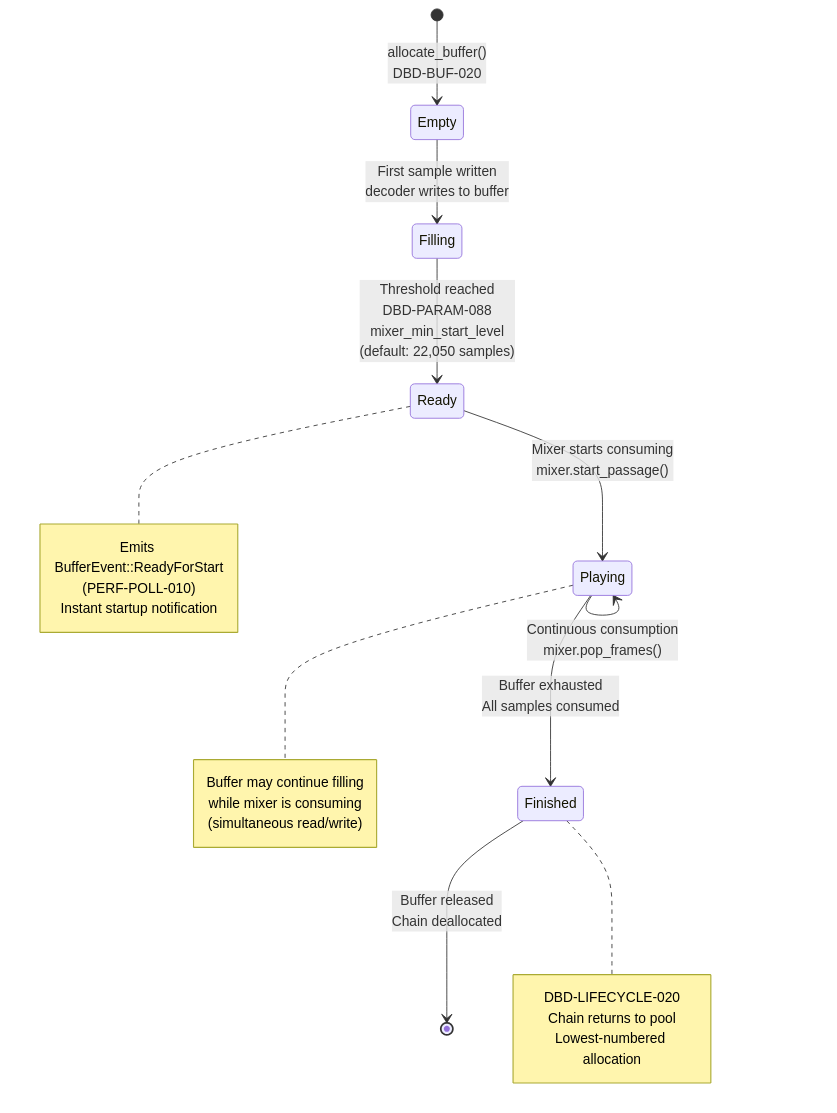
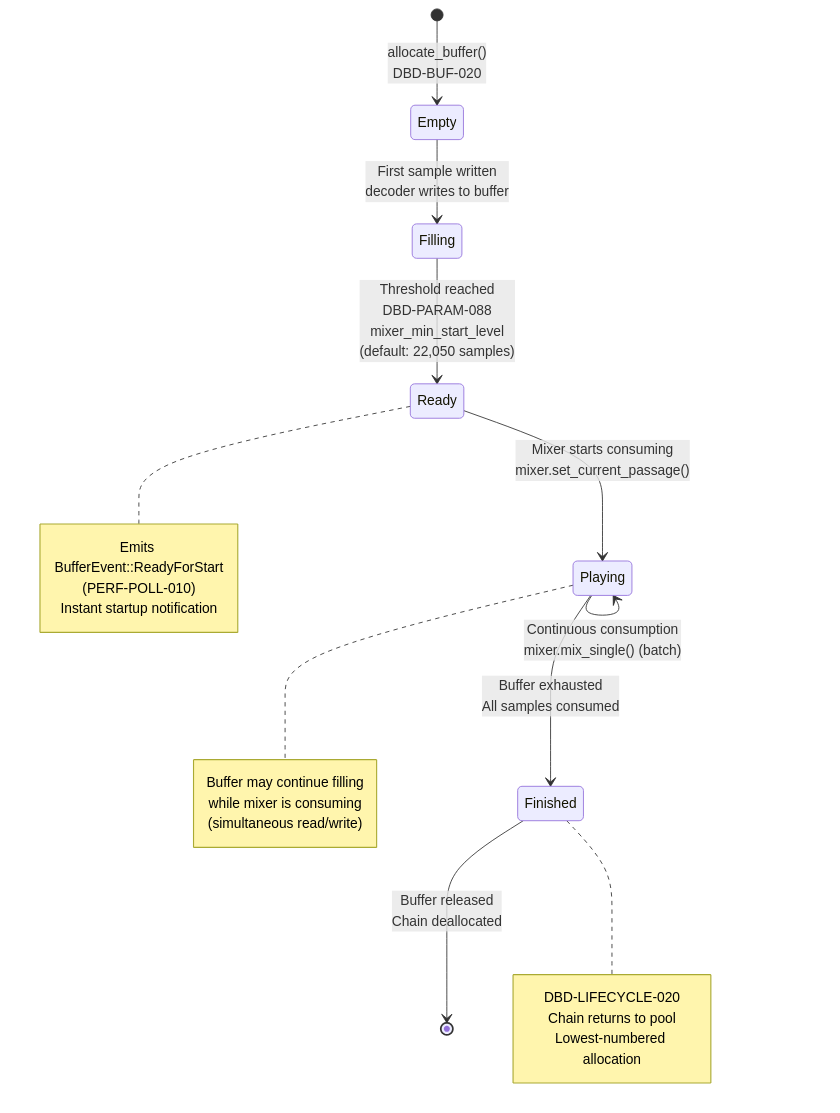
One commit to MangoCats/McRhythm changed the fifth of 9 diagrams in docs/GUIDE003_audio_pipeline_diagrams.md. Above: the diagram before and after it, drawn with Mermaid. The commit also changed other lines of this file and 1 other file, not shown here.

Commit message:
mixer refactor getting better

````diff
--- a/docs/GUIDE003_audio_pipeline_diagrams.md
+++ b/docs/GUIDE003_audio_pipeline_diagrams.md
@@ -248,34 +261,34 @@
 ```mermaid
 stateDiagram-v2
     [*] --> Empty: allocate_buffer()<br/>DBD-BUF-020
 
     Empty --> Filling: First sample written<br/>decoder writes to buffer
 
     Filling --> Ready: Threshold reached<br/>DBD-PARAM-088<br/>mixer_min_start_level<br/>(default: 22,050 samples)
 
-    Ready --> Playing: Mixer starts consuming<br/>mixer.start_passage()
+    Ready --> Playing: Mixer starts consuming<br/>mixer.set_current_passage()
 
-    Playing --> Playing: Continuous consumption<br/>mixer.pop_frames()
+    Playing --> Playing: Continuous consumption<br/>mixer.mix_single() (batch)
 
     Playing --> Finished: Buffer exhausted<br/>All samples consumed
 
     Finished --> [*]: Buffer released<br/>Chain deallocated
 
     note right of Ready
         Emits BufferEvent::ReadyForStart
         (PERF-POLL-010)
         Instant startup notification
     end note
 
     note right of Playing
         Buffer may continue filling
         while mixer is consuming
         (simultaneous read/write)
     end note
 
     note right of Finished
         DBD-LIFECYCLE-020
         Chain returns to pool
         Lowest-numbered allocation
     end note
 ```
````
